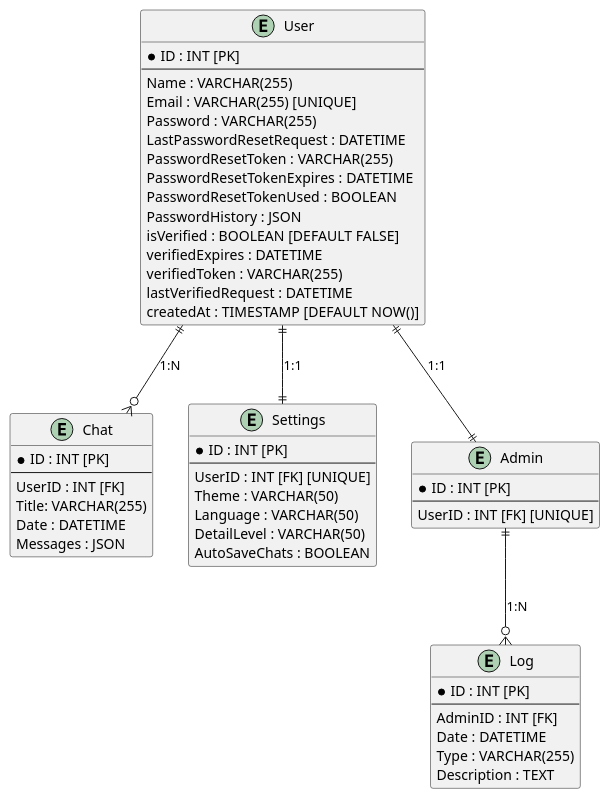
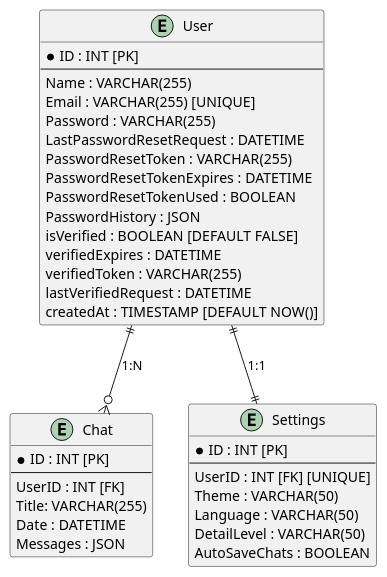
One commit to josepablo98/techie changed the diagram in relationship_model/relationship_diagram.puml. Above: the diagram before and after it, drawn with PlantUML. The commit also changed 4 other files, not shown here.

```diff
--- a/relationship_model/relationship_diagram.puml
+++ b/relationship_model/relationship_diagram.puml
@@ -1,59 +1,41 @@
 @startuml
 entity "User" as U {
     * ID : INT [PK]
     --
     Name : VARCHAR(255)
     Email : VARCHAR(255) [UNIQUE]
     Password : VARCHAR(255)
     LastPasswordResetRequest : DATETIME
     PasswordResetToken : VARCHAR(255)
     PasswordResetTokenExpires : DATETIME
     PasswordResetTokenUsed : BOOLEAN
     PasswordHistory : JSON
     isVerified : BOOLEAN [DEFAULT FALSE]
     verifiedExpires : DATETIME
     verifiedToken : VARCHAR(255)
     lastVerifiedRequest : DATETIME
     createdAt : TIMESTAMP [DEFAULT NOW()]
 }
 
 entity "Chat" as C {
     * ID : INT [PK]
     --
     UserID : INT [FK]
     Title: VARCHAR(255)
     Date : DATETIME
     Messages : JSON
 }
 
 entity "Settings" as S {
     * ID : INT [PK]
     --
     UserID : INT [FK] [UNIQUE]
     Theme : VARCHAR(50)
     Language : VARCHAR(50)
     DetailLevel : VARCHAR(50)
     AutoSaveChats : BOOLEAN
 }
 
-entity "Admin" as A {
-    * ID : INT [PK]
-    --
-    UserID : INT [FK] [UNIQUE]
-}
-
-entity "Log" as L {
-    * ID : INT [PK]
-    --
-    AdminID : INT [FK]
-    Date : DATETIME
-    Type : VARCHAR(255)
-    Description : TEXT
-}
-
-
 U ||--o{ C : "1:N"
 U ||--|| S : "1:1"
-U ||--|| A : "1:1"
-A ||--o{ L : "1:N"
 @enduml
```
